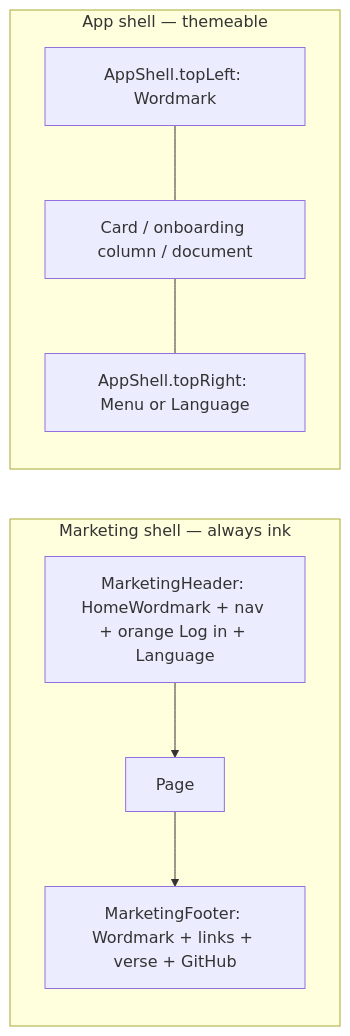
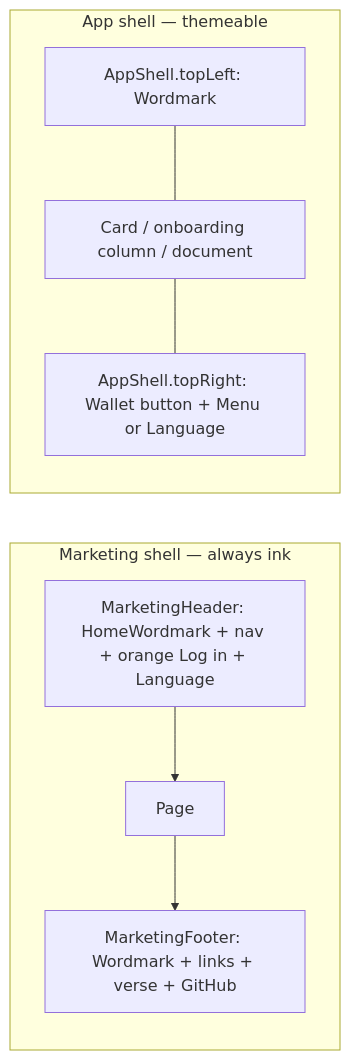
Before and after one commit to 21gifts/app: the third of 3 diagrams in docs/ui.md, drawn with Mermaid. The commit also changed other lines of this file, not shown here.

Commit message:
Name the header wallet button in the ui slot diagram, the focus order, and the /settings states

````diff
--- a/docs/ui.md
+++ b/docs/ui.md
@@ -464,15 +464,15 @@
 ```mermaid
 flowchart LR
   subgraph marketingShell [Marketing shell — always ink]
     MH[MarketingHeader: HomeWordmark + nav + orange Log in + Language]
     MC[Page]
     MF[MarketingFooter: Wordmark + links + verse + GitHub]
   end
   subgraph appShell [App shell — themeable]
     PL[AppShell.topLeft: Wordmark]
-    PR[AppShell.topRight: Menu or Language]
+    PR[AppShell.topRight: Wallet button + Menu or Language]
     BODY[Card / onboarding column / document]
   end
   MH --> MC --> MF
   PL --- BODY --- PR
 ```
````
